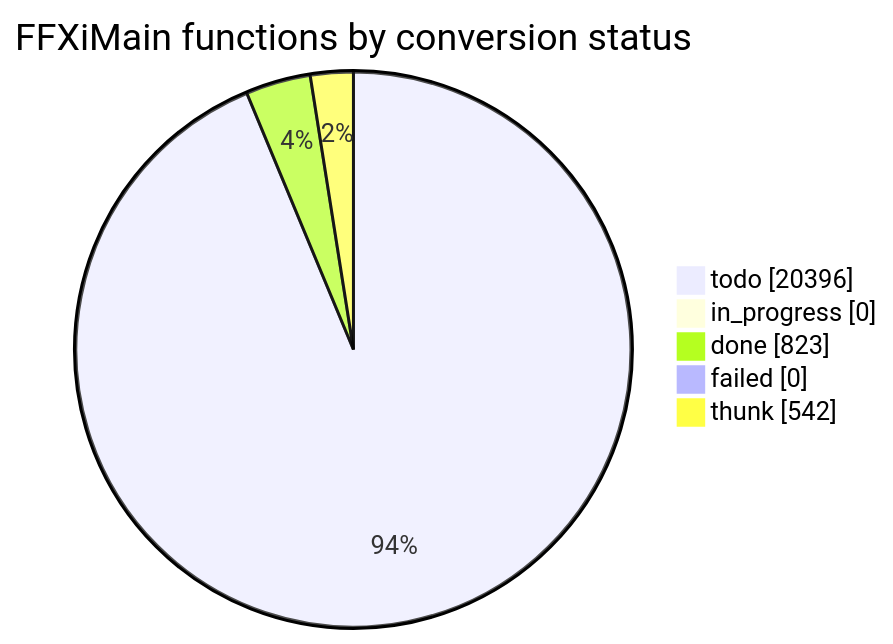
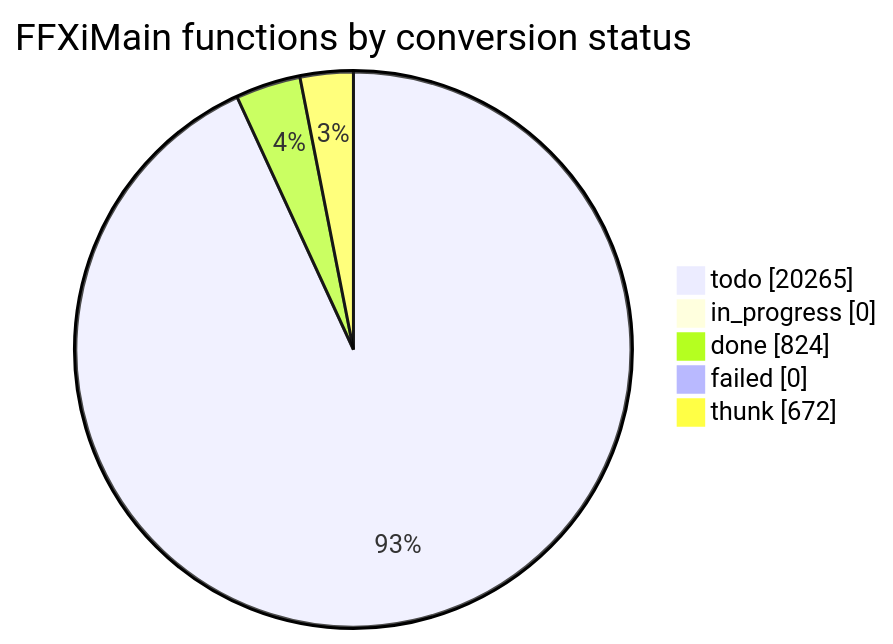
Before and after one commit to cowrevenge/cow_kuluu_xi_anything: the diagram in docs/cow/STATUS.md, drawn with Mermaid. The commit also changed other lines of this file and 9 other files, not shown here.

````diff
--- a/docs/cow/STATUS.md
+++ b/docs/cow/STATUS.md
@@ -18,9 +18,9 @@
 ```mermaid
 pie showData
     title FFXiMain functions by conversion status
-    "todo" : 20396
+    "todo" : 20265
     "in_progress" : 0
-    "done" : 823
+    "done" : 824
     "failed" : 0
-    "thunk" : 542
+    "thunk" : 672
 ```
````
